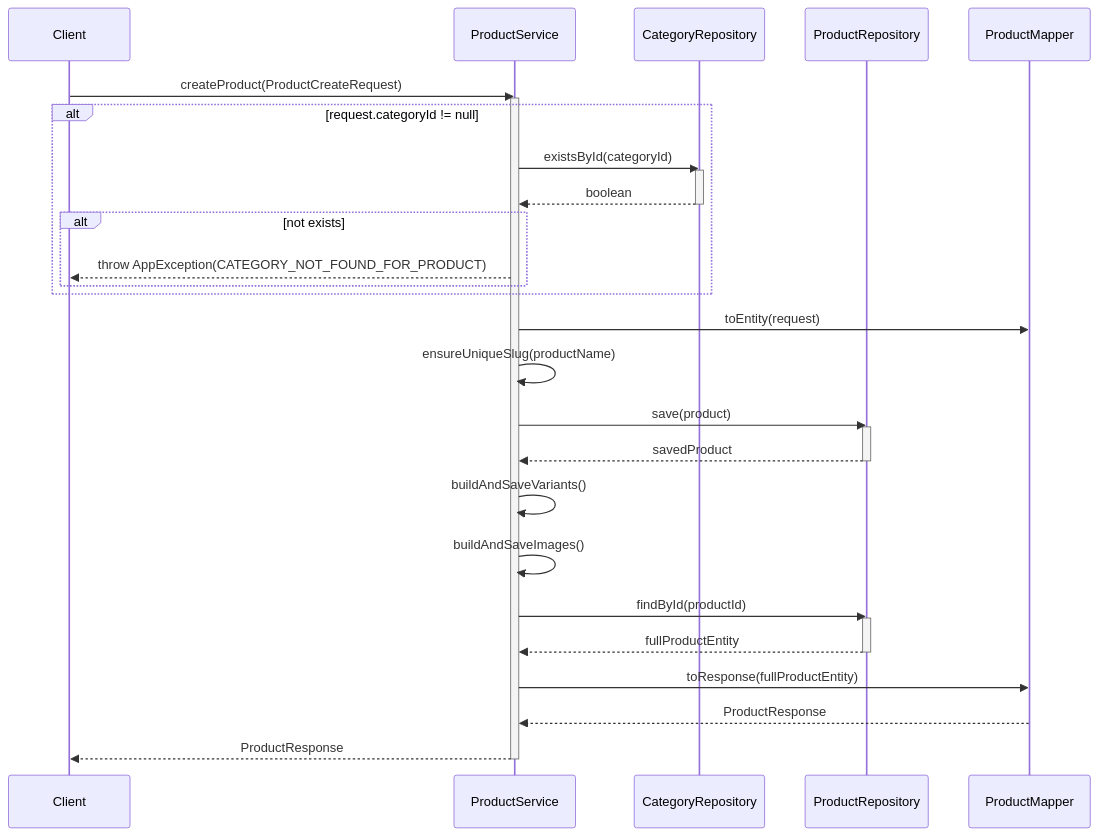
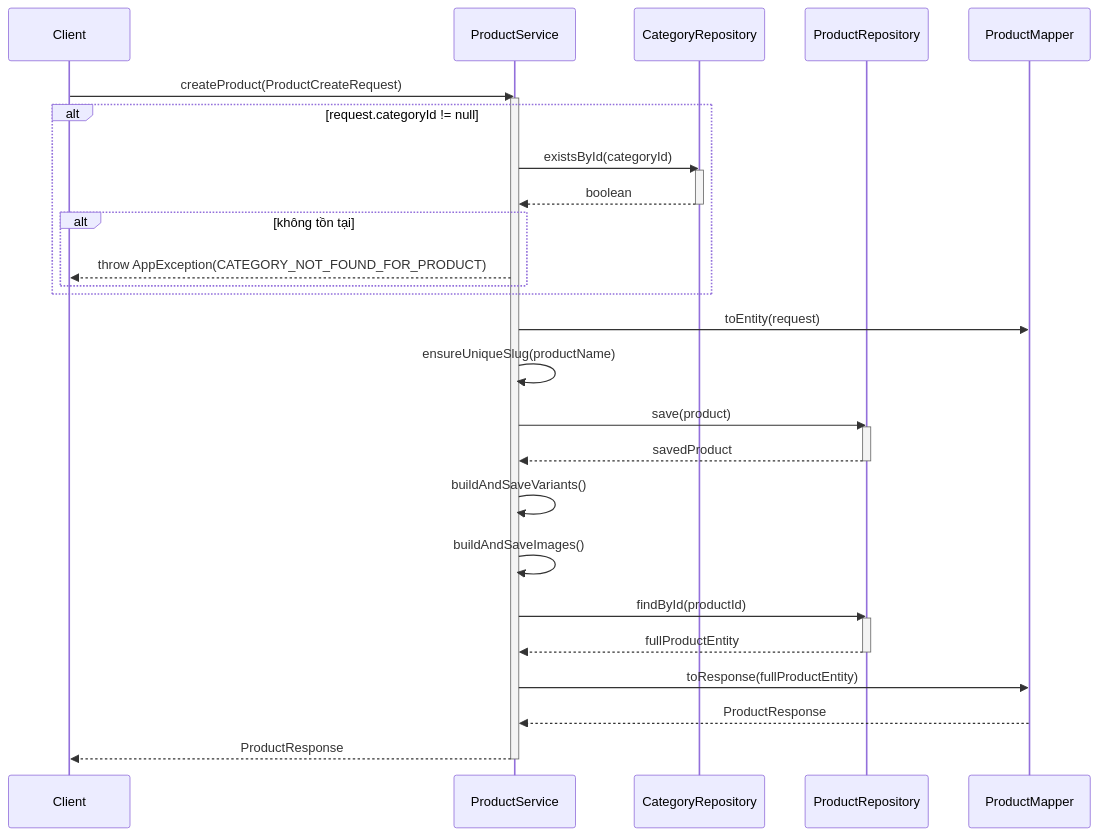
One commit to aquoc09/easymall changed the first of 4 diagrams in .agent/sequence/product_service_sequence_diagrams.md. Above: the diagram before and after it, drawn with Mermaid. The commit also changed other lines of this file and 18 other files, not shown here.

Commit message:
UPDATE: Sequence diagram vietnamese

````diff
--- a/.agent/sequence/product_service_sequence_diagrams.md
+++ b/.agent/sequence/product_service_sequence_diagrams.md
@@ -7,43 +7,43 @@
 ```mermaid
 sequenceDiagram
     participant Client
     participant ProductService
     participant CategoryRepository
     participant ProductRepository
     participant ProductMapper
 
     Client->>ProductService: createProduct(ProductCreateRequest)
     activate ProductService
 
     alt request.categoryId != null
         ProductService->>CategoryRepository: existsById(categoryId)
         activate CategoryRepository
         CategoryRepository-->>ProductService: boolean
         deactivate CategoryRepository
-        alt not exists
+        alt không tồn tại
             ProductService-->>Client: throw AppException(CATEGORY_NOT_FOUND_FOR_PRODUCT)
         end
     end
 
     ProductService->>ProductMapper: toEntity(request)
     ProductService->>ProductService: ensureUniqueSlug(productName)
 
     ProductService->>ProductRepository: save(product)
     activate ProductRepository
     ProductRepository-->>ProductService: savedProduct
     deactivate ProductRepository
 
     ProductService->>ProductService: buildAndSaveVariants()
     ProductService->>ProductService: buildAndSaveImages()
 
     ProductService->>ProductRepository: findById(productId)
     activate ProductRepository
     ProductRepository-->>ProductService: fullProductEntity
     deactivate ProductRepository
 
     ProductService->>ProductMapper: toResponse(fullProductEntity)
     ProductMapper-->>ProductService: ProductResponse
     
     ProductService-->>Client: ProductResponse
     deactivate ProductService
 ```
````
